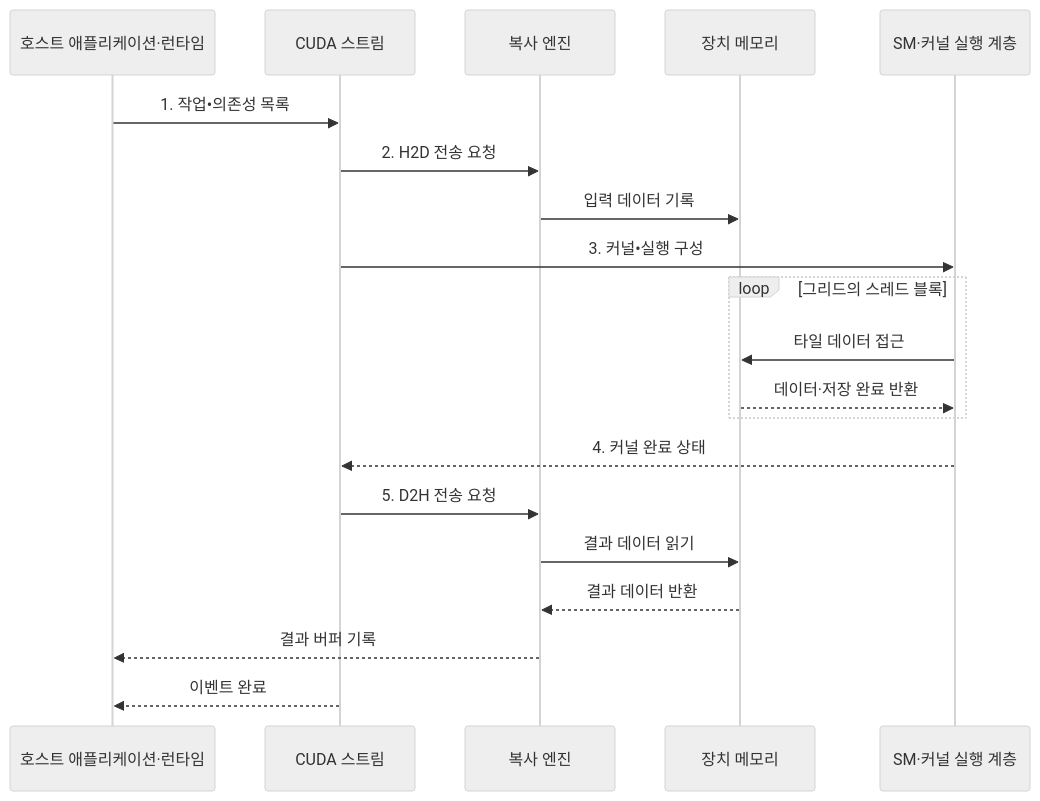
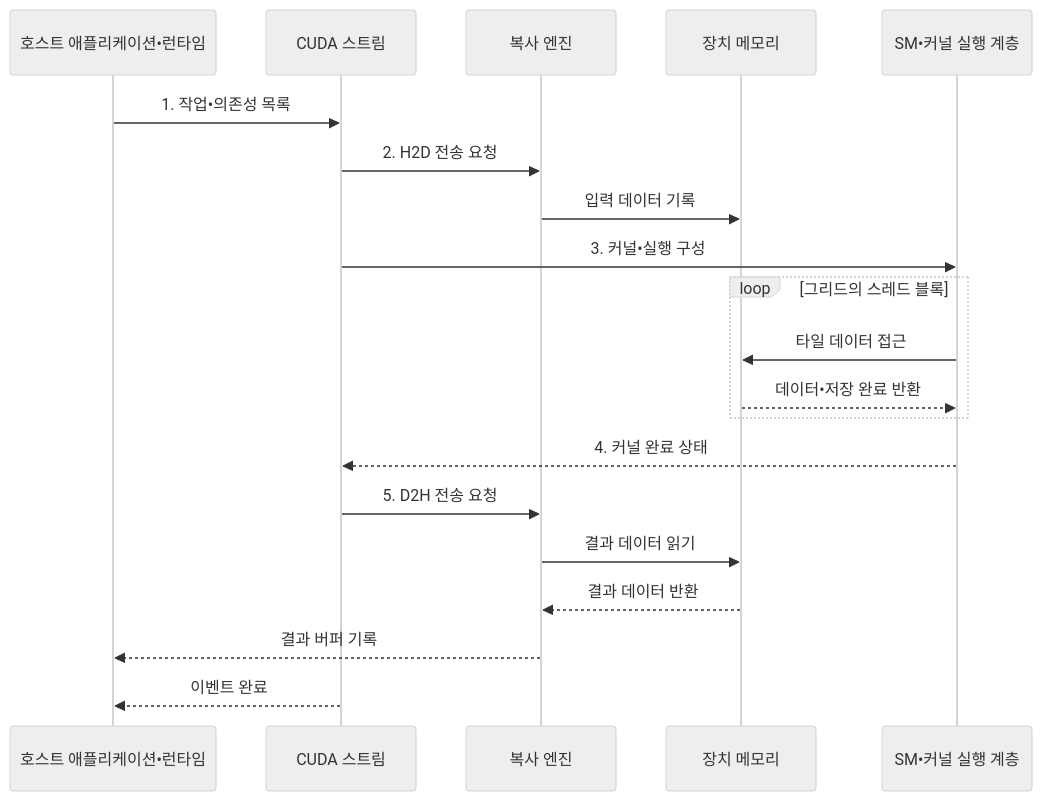
One commit to agnusdei1207/knowledge-base changed the second of 2 diagrams in src/content/docs/notes/02-hardware/042_cuda_parallel_computing.md. Above: the diagram before and after it, drawn with Mermaid (neutral theme). The commit also changed other lines of this file and 953 other files, not shown here.

````diff
--- a/src/content/docs/notes/02-hardware/042_cuda_parallel_computing.md
+++ b/src/content/docs/notes/02-hardware/042_cuda_parallel_computing.md
@@ -104,23 +104,23 @@
 ```mermaid
 sequenceDiagram
-    participant H as 호스트 애플리케이션·런타임
+    participant H as 호스트 애플리케이션•런타임
     participant S as CUDA 스트림
     participant C as 복사 엔진
     participant M as 장치 메모리
-    participant K as SM·커널 실행 계층
+    participant K as SM•커널 실행 계층
 
     H->>S: 1. 작업•의존성 목록
     S->>C: 2. H2D 전송 요청
     C->>M: 입력 데이터 기록
     S->>K: 3. 커널•실행 구성
     loop 그리드의 스레드 블록
         K->>M: 타일 데이터 접근
-        M-->>K: 데이터·저장 완료 반환
+        M-->>K: 데이터•저장 완료 반환
     end
     K-->>S: 4. 커널 완료 상태
     S->>C: 5. D2H 전송 요청
     C->>M: 결과 데이터 읽기
     M-->>C: 결과 데이터 반환
     C-->>H: 결과 버퍼 기록
     S-->>H: 이벤트 완료
 ```
````
